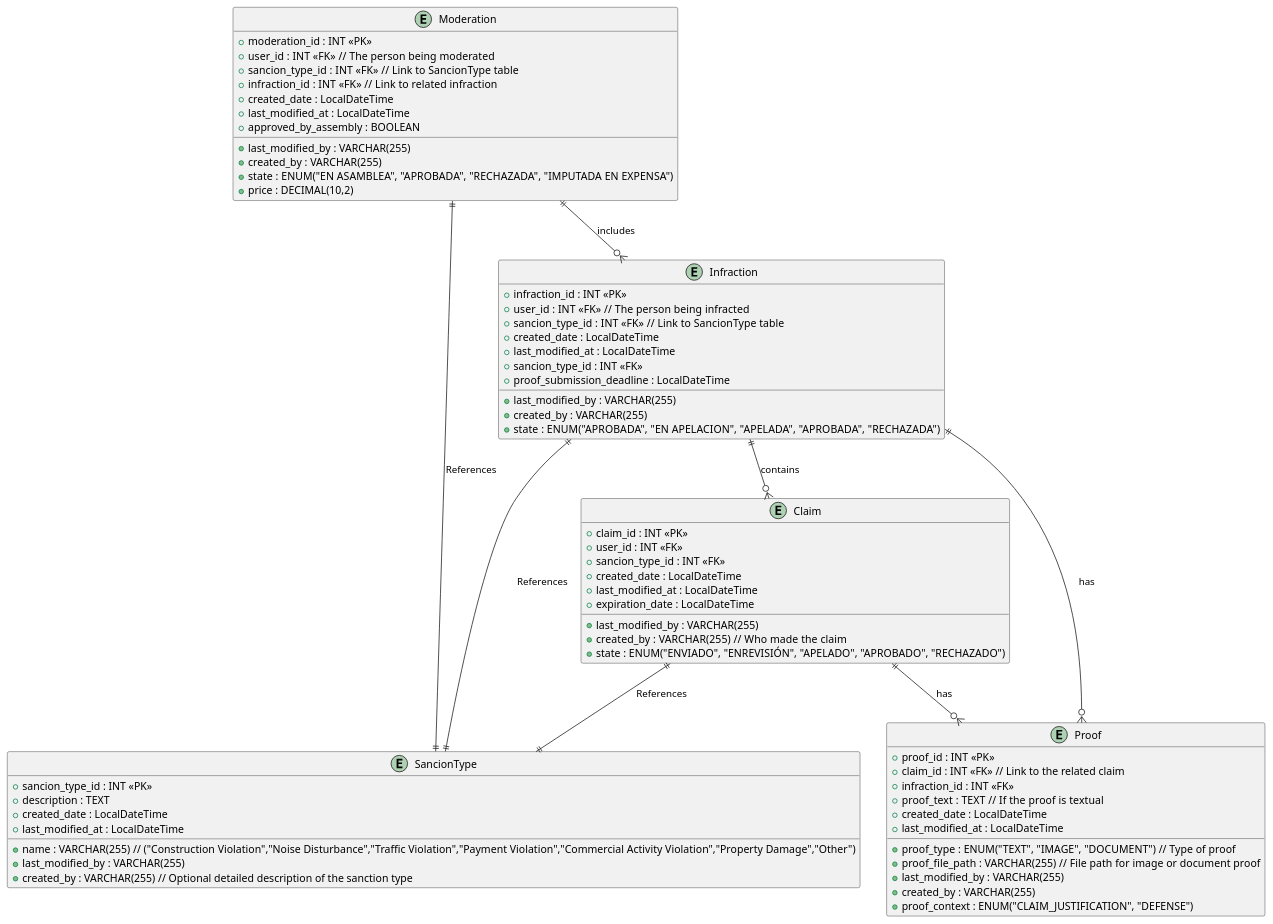
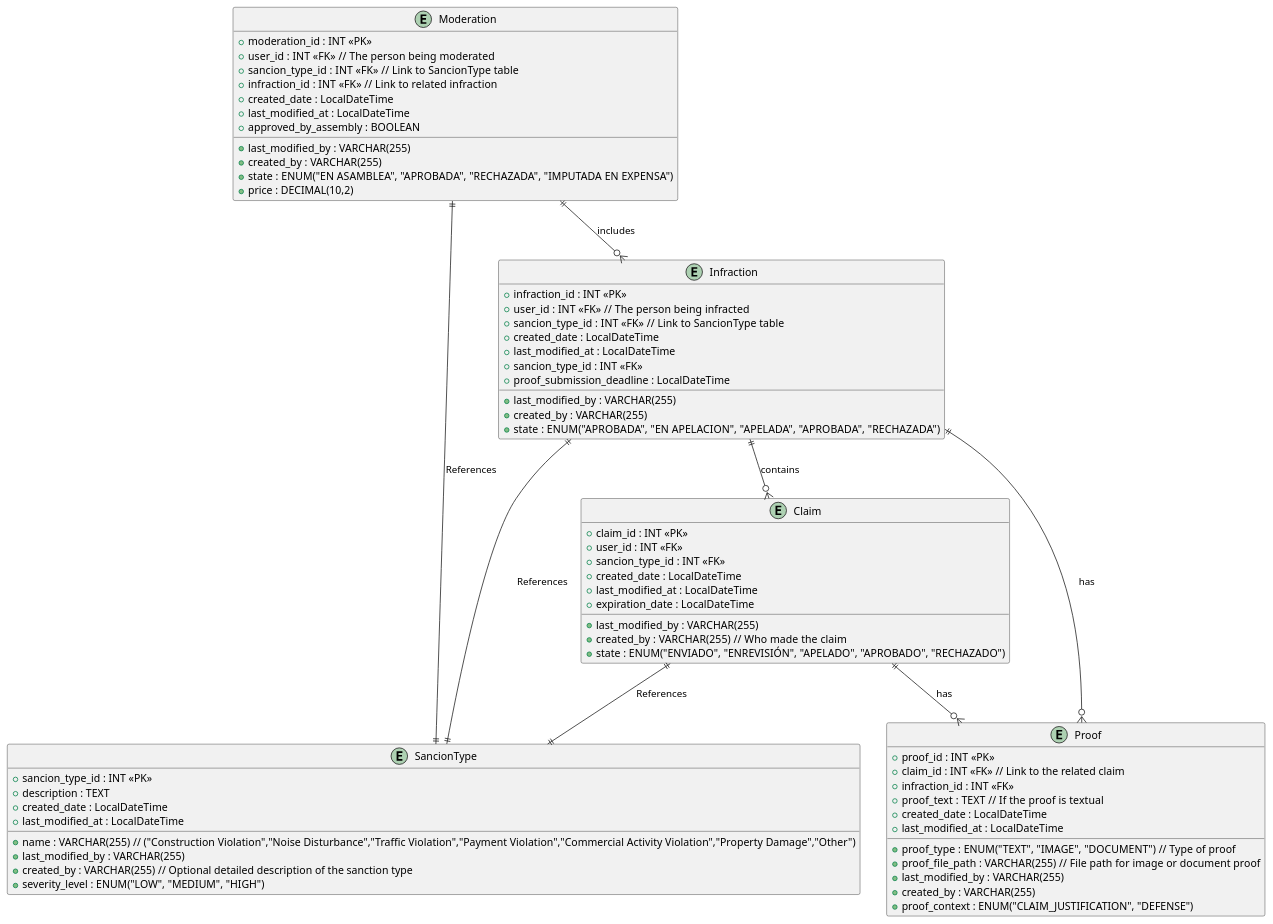
The diagram in docs/app_doc/diagrams/class.puml (406021-GAUFFIN/public-moderations), drawn with PlantUML before and after one commit.

Commit message:
Added severity level on sancionType

```diff
--- a/docs/app_doc/diagrams/class.puml
+++ b/docs/app_doc/diagrams/class.puml
@@ -1,77 +1,78 @@
 @startuml
 
 entity "Claim" as claim {
   + claim_id : INT <<PK>>
   + user_id : INT <<FK>>
   + sancion_type_id : INT <<FK>>
   + created_date : LocalDateTime
   + last_modified_at : LocalDateTime
   + last_modified_by : VARCHAR(255)
   + created_by : VARCHAR(255)  // Who made the claim
   + expiration_date : LocalDateTime
   + state : ENUM("ENVIADO", "ENREVISIÓN", "APELADO", "APROBADO", "RECHAZADO")
 
 
   }
 
 entity "SancionType" as sancion_type {
   + sancion_type_id : INT <<PK>>
   + name : VARCHAR(255)  // ("Construction Violation","Noise Disturbance","Traffic Violation","Payment Violation","Commercial Activity Violation","Property Damage","Other")
   + description : TEXT
   + created_date : LocalDateTime
   + last_modified_at : LocalDateTime
   + last_modified_by : VARCHAR(255)
   + created_by : VARCHAR(255) // Optional detailed description of the sanction type
+  + severity_level : ENUM("LOW", "MEDIUM", "HIGH")
 }
 entity "Proof" as proof {
   + proof_id : INT <<PK>>
   + claim_id : INT <<FK>> // Link to the related claim
   + infraction_id : INT <<FK>>
   + proof_type : ENUM("TEXT", "IMAGE", "DOCUMENT")  // Type of proof
   + proof_text : TEXT  // If the proof is textual
   + proof_file_path : VARCHAR(255)  // File path for image or document proof
   + created_date : LocalDateTime
   + last_modified_at : LocalDateTime
   + last_modified_by : VARCHAR(255)
   + created_by : VARCHAR(255)
   + proof_context : ENUM("CLAIM_JUSTIFICATION", "DEFENSE")
 }
 
 entity "Infraction" as infraction {
   + infraction_id : INT <<PK>>
   + user_id : INT <<FK>>  // The person being infracted
   + sancion_type_id : INT <<FK>>  // Link to SancionType table
   + created_date : LocalDateTime
   + last_modified_at : LocalDateTime
   + last_modified_by : VARCHAR(255)
   + created_by : VARCHAR(255)
   + sancion_type_id : INT <<FK>>
   + proof_submission_deadline : LocalDateTime
   + state : ENUM("APROBADA", "EN APELACION", "APELADA", "APROBADA", "RECHAZADA")
 }
 
 entity "Moderation" as moderation {
   + moderation_id : INT <<PK>>
   + user_id : INT <<FK>>  // The person being moderated
   + sancion_type_id : INT <<FK>>  // Link to SancionType table
   + infraction_id : INT <<FK>>  // Link to related infraction
   + created_date : LocalDateTime
   + last_modified_at : LocalDateTime
   + last_modified_by : VARCHAR(255)
   + created_by : VARCHAR(255)
   + state : ENUM("EN ASAMBLEA", "APROBADA", "RECHAZADA", "IMPUTADA EN EXPENSA")
   + price : DECIMAL(10,2)
   + approved_by_assembly : BOOLEAN
 }
 
 claim ||--|| sancion_type : "References"
 
 moderation ||--|| sancion_type : "References"
 claim ||--o{ proof : "has"
 infraction ||--o{ claim : "contains"
 infraction ||--|| sancion_type : "References"
 infraction ||--o{ proof : "has"
 moderation ||--o{ infraction : "includes"
 
 
 @enduml
```
